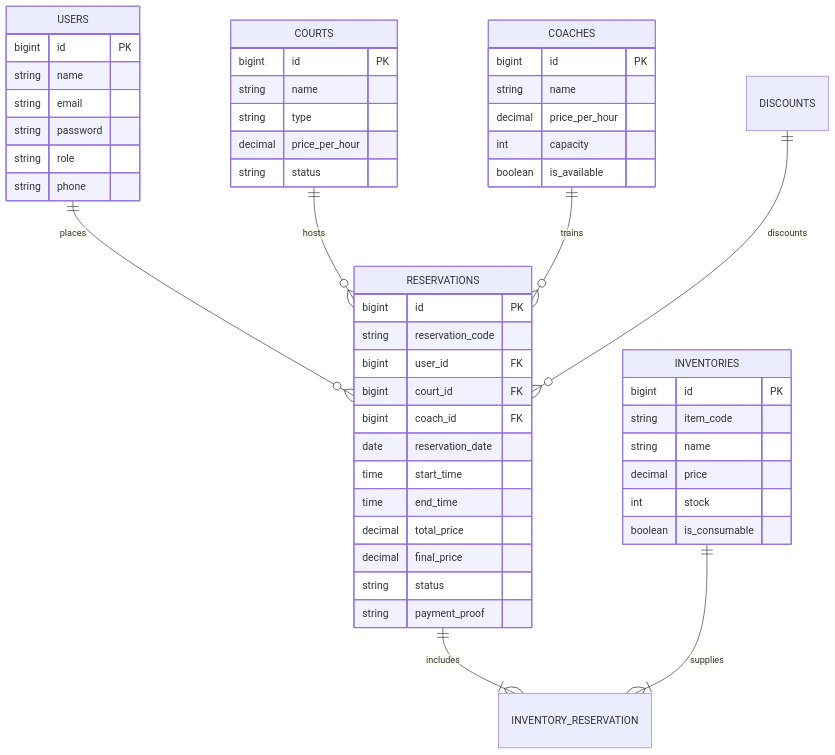
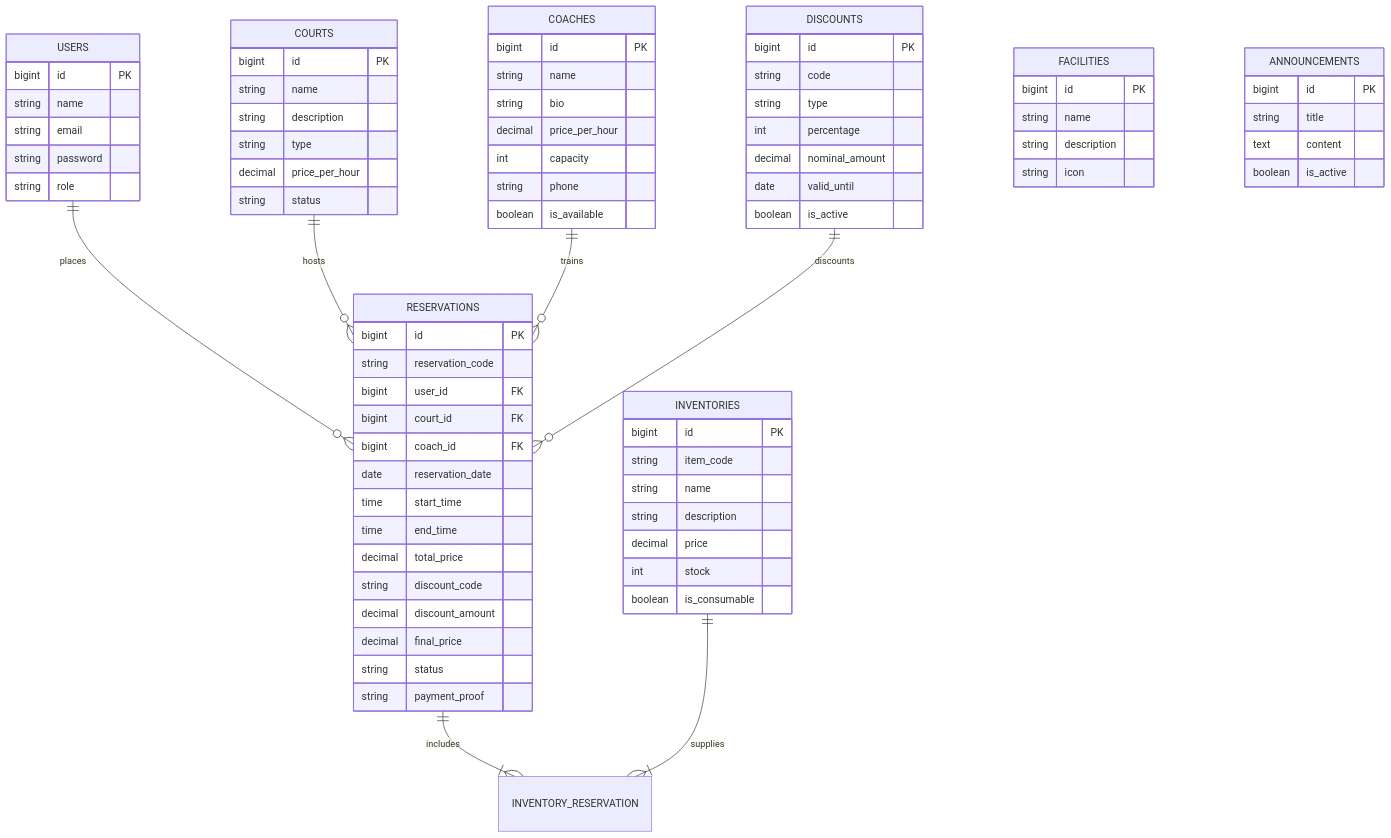
One commit to maaafiqs/padel-reservation changed the second of 2 diagrams in README.md. Above: the diagram before and after it, drawn with Mermaid. The commit also changed other lines of this file, not shown here.

```diff
--- a/README.md
+++ b/README.md
@@ -95,12 +218,12 @@
         string email
         string password
         string role
-        string phone
     }
 
     COURTS {
         bigint id PK
         string name
+        string description
         string type
         decimal price_per_hour
         string status
@@ -109,8 +232,10 @@
     COACHES {
         bigint id PK
         string name
+        string bio
         decimal price_per_hour
         int capacity
+        string phone
         boolean is_available
     }
 
@@ -118,9 +243,34 @@
         bigint id PK
         string item_code
         string name
+        string description
         decimal price
         int stock
         boolean is_consumable
+    }
+
+    FACILITIES {
+        bigint id PK
+        string name
+        string description
+        string icon
+    }
+
+    ANNOUNCEMENTS {
+        bigint id PK
+        string title
+        text content
+        boolean is_active
+    }
+
+    DISCOUNTS {
+        bigint id PK
+        string code
+        string type
+        int percentage
+        decimal nominal_amount
+        date valid_until
+        boolean is_active
     }
 
     RESERVATIONS {
@@ -133,6 +283,8 @@
         time start_time
         time end_time
         decimal total_price
+        string discount_code
+        decimal discount_amount
         decimal final_price
         string status
         string payment_proof
```
